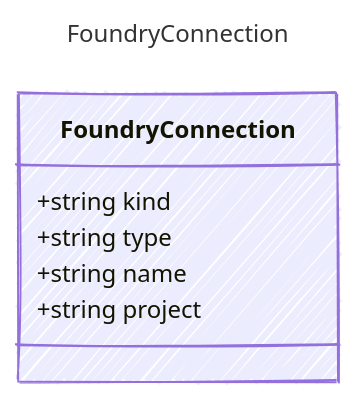
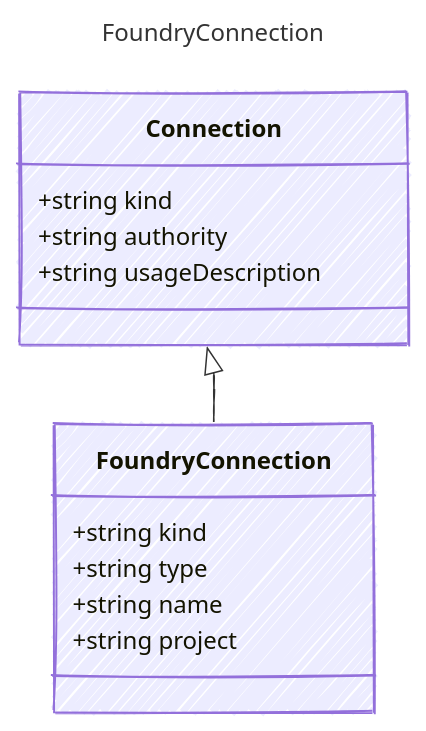
The diagram in specification/prompty/docs/FoundryConnection.md (microsoft/prompty), drawn with Mermaid before and after one commit. The commit also changed 24 other files, not shown here.

````diff
--- a/specification/prompty/docs/FoundryConnection.md
+++ b/specification/prompty/docs/FoundryConnection.md
@@ -5,18 +5,24 @@
 ```mermaid
 ---
 title: FoundryConnection
 config:
   look: handDrawn
   theme: colorful
   class:
     hideEmptyMembersBox: true
 ---
 classDiagram
+    class Connection {
+        +string kind
+        +string authority
+        +string usageDescription
+    }
+    Connection <|-- FoundryConnection
     class FoundryConnection {
       
         +string kind
         +string type
         +string name
         +string project
     }
 ```
````
